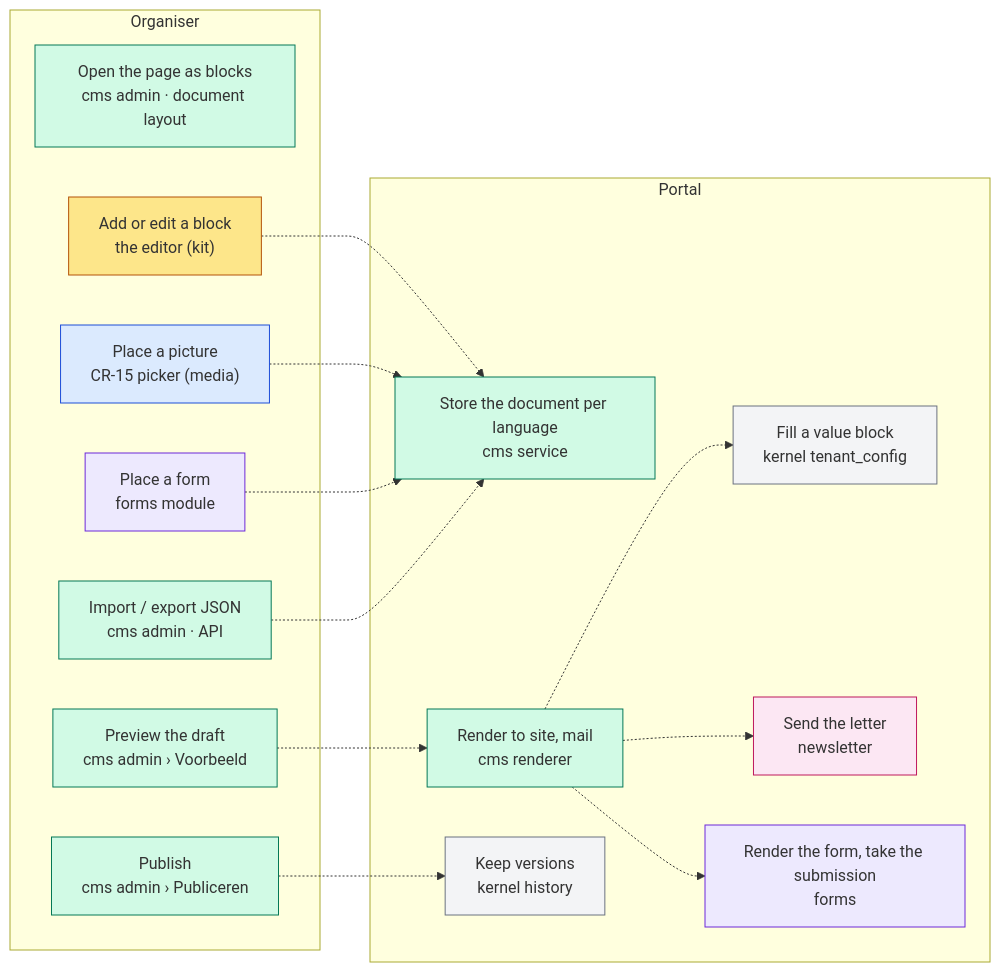
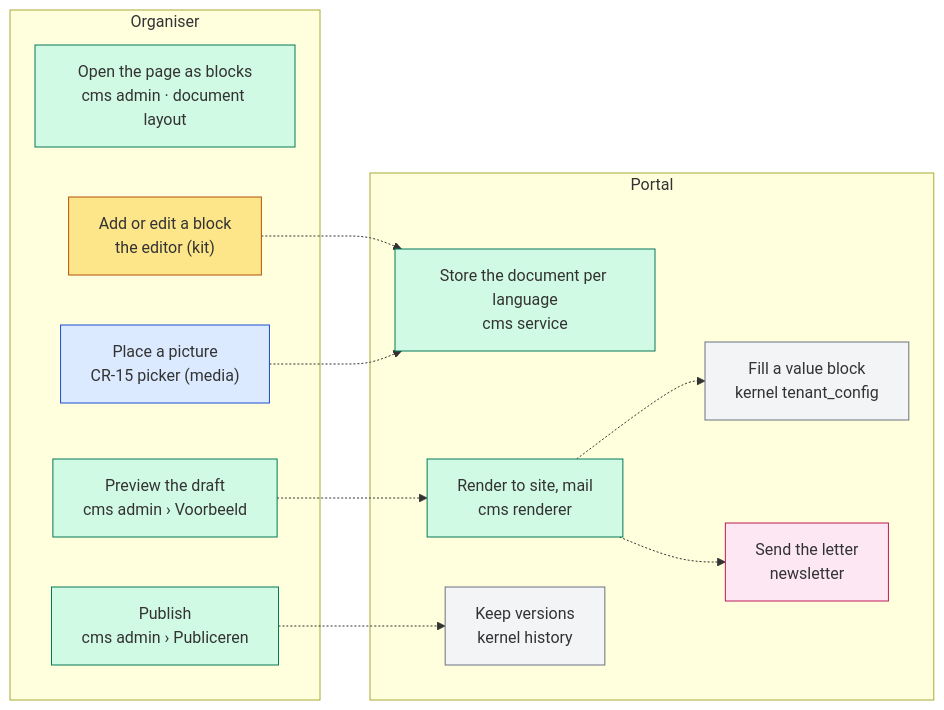
Before and after one commit to KoenRenders/KoenTest: the third of 5 diagrams in docs/change_request_17_web_content.md, drawn with Mermaid. The commit also changed other lines of this file, not shown here.

First line of the commit message:
docs(cr-17): B2, B3, the matrix, C4.10 and C4.11 show what runs in v2.17.2; phases 3 and 4 and the form block marked not built

````diff
--- a/docs/change_request_17_web_content.md
+++ b/docs/change_request_17_web_content.md
@@ -196,35 +196,29 @@
 ```mermaid
 flowchart LR
   subgraph O[Organiser]
     o2["Open the page as blocks<br/>cms admin · document layout"]:::cms
     o3["Add or edit a block<br/>the editor (kit)"]:::kit
     o3b["Place a picture<br/>CR-15 picker (media)"]:::media
-    o3c["Place a form<br/>forms module"]:::forms
     o4["Preview the draft<br/>cms admin › Voorbeeld"]:::cms
     o6["Publish<br/>cms admin › Publiceren"]:::cms
-    o8["Import / export JSON<br/>cms admin · API"]:::cms
   end
   subgraph P[Portal]
     p1["Store the document per language<br/>cms service"]:::cms
     p2["Render to site, mail<br/>cms renderer"]:::cms
     p3["Fill a value block<br/>kernel tenant_config"]:::kernel
     p4["Keep versions<br/>kernel history"]:::kernel
     p5["Send the letter<br/>newsletter"]:::nl
-    p6["Render the form, take the submission<br/>forms"]:::forms
   end
   o3 -.-> p1
   o3b -.-> p1
-  o3c -.-> p1
-  o8 -.-> p1
   o4 -.-> p2
   o6 -.-> p4
   p2 -.-> p3
   p2 -.-> p5
-  p2 -.-> p6
   classDef cms fill:#d1fae5,stroke:#047857
   classDef kit fill:#fde68a,stroke:#b45309
   classDef media fill:#dbeafe,stroke:#1d4ed8
   classDef forms fill:#ede9fe,stroke:#6d28d9
   classDef kernel fill:#f3f4f6,stroke:#6b7280
   classDef nl fill:#fce7f3,stroke:#be185d
 ```
````
